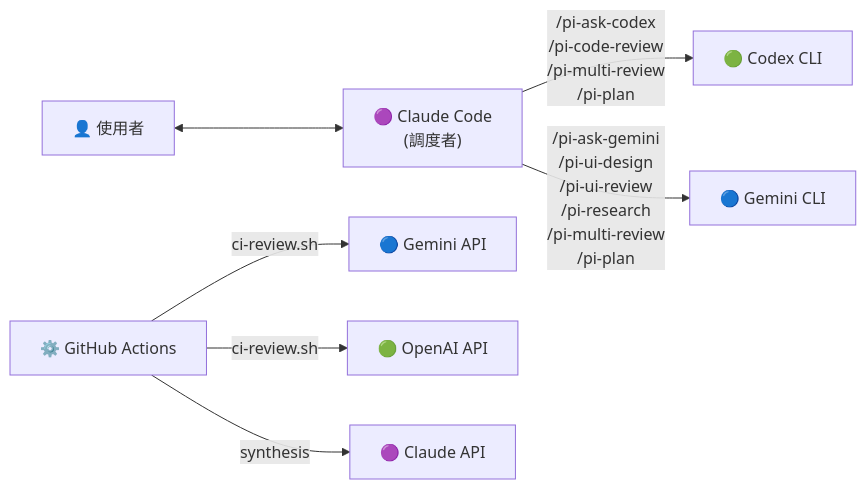
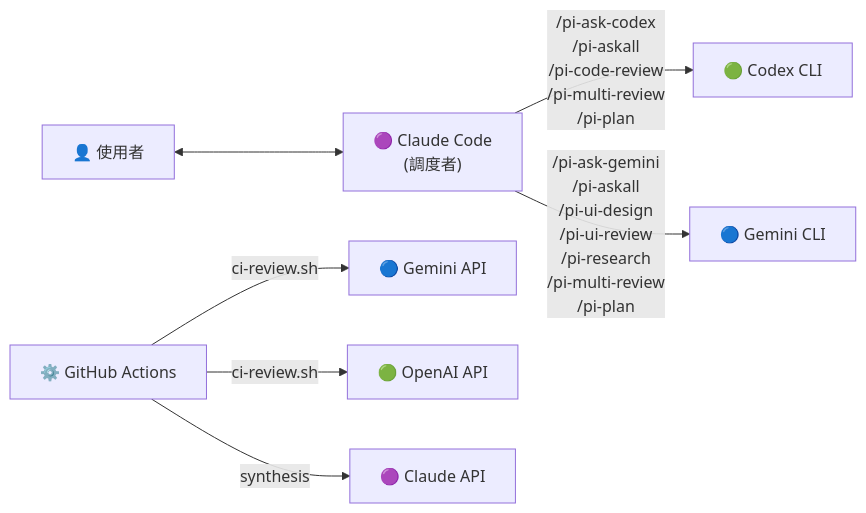
Before and after one commit to tznthou/claude-prism: the first of 2 diagrams in README.zh-TW.md, drawn with Mermaid. The commit also changed other lines of this file and 7 other files, not shown here.

First line of the commit message:
feat: add /pi-askall command and narrow /pi-plan trigger scope

````diff
--- a/README.zh-TW.md
+++ b/README.zh-TW.md
@@ -150,9 +162,9 @@
 ```mermaid
 flowchart LR
     User["👤 使用者"] <--> Claude["🟣 Claude Code\n(調度者)"]
-    Claude -->|"/pi-ask-codex\n/pi-code-review\n/pi-multi-review\n/pi-plan"| Codex["🟢 Codex CLI"]
-    Claude -->|"/pi-ask-gemini\n/pi-ui-design\n/pi-ui-review\n/pi-research\n/pi-multi-review\n/pi-plan"| Gemini["🔵 Gemini CLI"]
+    Claude -->|"/pi-ask-codex\n/pi-askall\n/pi-code-review\n/pi-multi-review\n/pi-plan"| Codex["🟢 Codex CLI"]
+    Claude -->|"/pi-ask-gemini\n/pi-askall\n/pi-ui-design\n/pi-ui-review\n/pi-research\n/pi-multi-review\n/pi-plan"| Gemini["🔵 Gemini CLI"]
     CI["⚙️ GitHub Actions"] -->|"ci-review.sh"| GeminiAPI["🔵 Gemini API"]
     CI -->|"ci-review.sh"| OpenAIAPI["🟢 OpenAI API"]
     CI -->|"synthesis"| ClaudeAPI["🟣 Claude API"]
 ```
````
